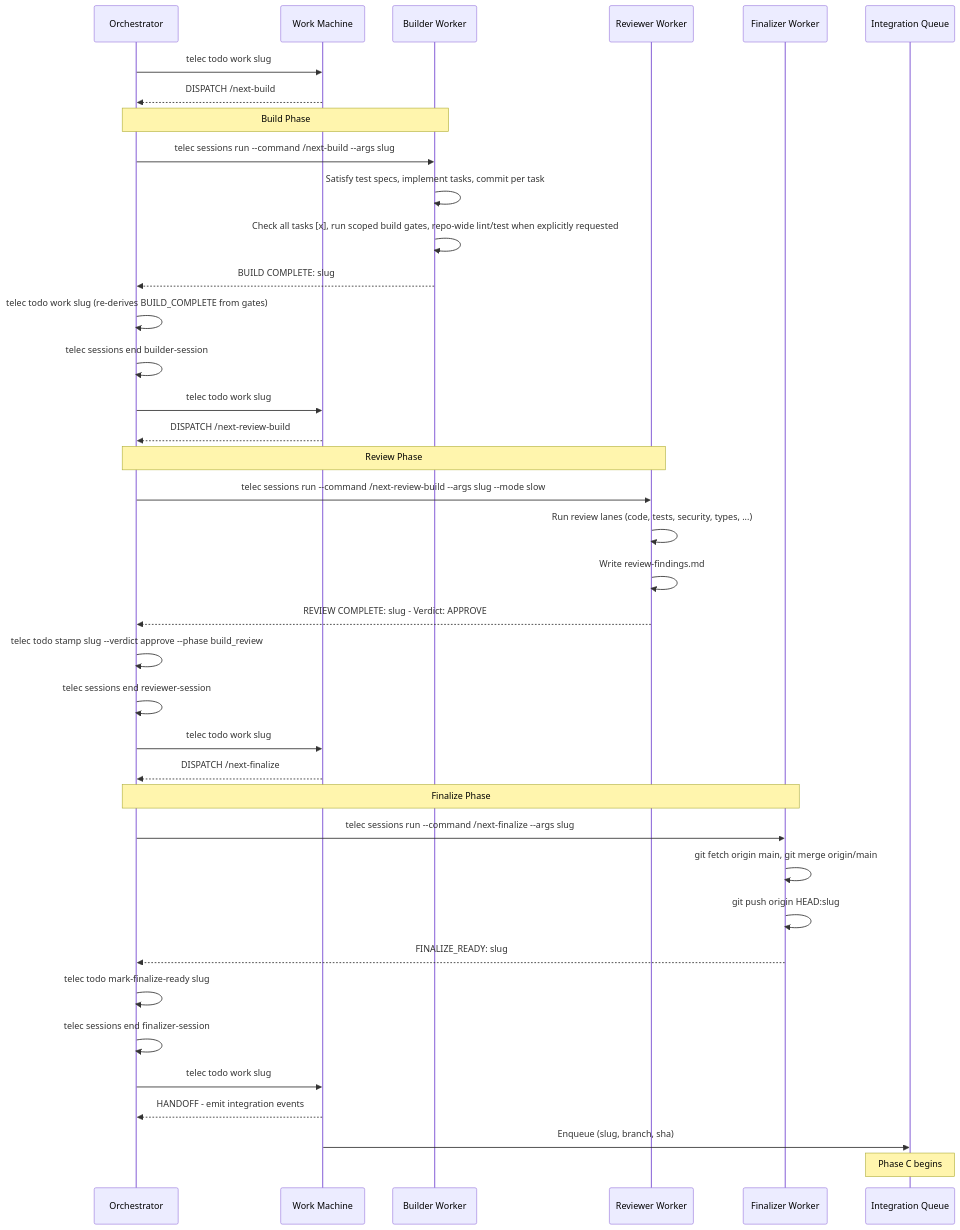
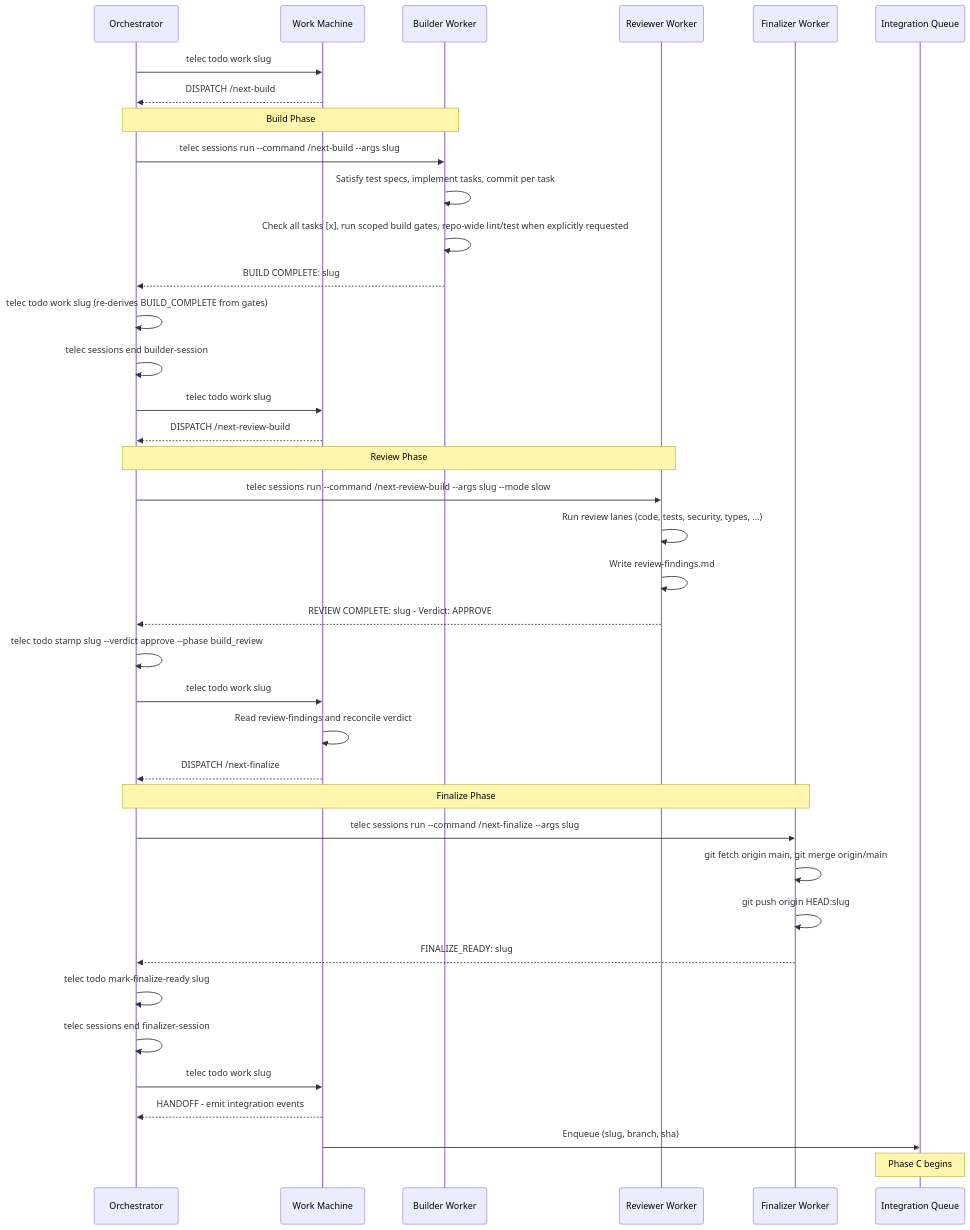
Before and after one commit to InstruktAI/TeleClaude: the fourth of 5 diagrams in docs/project/design/architecture/work-state-machine.md, drawn with Mermaid. The commit also changed other lines of this file and 15 other files, not shown here.

````diff
--- a/docs/project/design/architecture/work-state-machine.md
+++ b/docs/project/design/architecture/work-state-machine.md
@@ -189,47 +193,47 @@
 ```mermaid
 sequenceDiagram
     participant O as Orchestrator
     participant SM as Work Machine
     participant B as Builder Worker
     participant R as Reviewer Worker
     participant F as Finalizer Worker
     participant I as Integration Queue
 
     O->>SM: telec todo work slug
     SM-->>O: DISPATCH /next-build
 
     Note over O,B: Build Phase
     O->>B: telec sessions run --command /next-build --args slug
     B->>B: Satisfy test specs, implement tasks, commit per task
     B->>B: Check all tasks [x], run scoped build gates, repo-wide lint/test when explicitly requested
     B-->>O: BUILD COMPLETE: slug
     O->>O: telec todo work slug (re-derives BUILD_COMPLETE from gates)
     O->>O: telec sessions end builder-session
 
     O->>SM: telec todo work slug
     SM-->>O: DISPATCH /next-review-build
 
     Note over O,R: Review Phase
     O->>R: telec sessions run --command /next-review-build --args slug --mode slow
     R->>R: Run review lanes (code, tests, security, types, ...)
     R->>R: Write review-findings.md
     R-->>O: REVIEW COMPLETE: slug - Verdict: APPROVE
     O->>O: telec todo stamp slug --verdict approve --phase build_review
-    O->>O: telec sessions end reviewer-session
 
     O->>SM: telec todo work slug
+    SM->>SM: Read review-findings and reconcile verdict
     SM-->>O: DISPATCH /next-finalize
 
     Note over O,F: Finalize Phase
     O->>F: telec sessions run --command /next-finalize --args slug
     F->>F: git fetch origin main, git merge origin/main
     F->>F: git push origin HEAD:slug
     F-->>O: FINALIZE_READY: slug
     O->>O: telec todo mark-finalize-ready slug
     O->>O: telec sessions end finalizer-session
 
     O->>SM: telec todo work slug
     SM-->>O: HANDOFF - emit integration events
     SM->>I: Enqueue (slug, branch, sha)
     Note over I: Phase C begins
 ```
````
